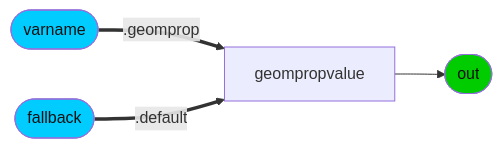
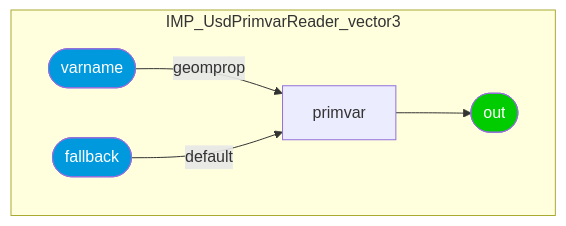
One commit to kwokcb/MaterialX_Learn changed diagram 20 of 36 in documents/definitions/bxdf_doc.md. Above: the diagram before and after it, drawn with Mermaid. The commit also changed other lines of this file and 1015 other files, not shown here.

````diff
--- a/documents/definitions/bxdf_doc.md
+++ b/documents/definitions/bxdf_doc.md
@@ -1951,10 +2467,15 @@
 ```mermaid
-graph LR; 
-    IMP_UsdPrimvarReader_vector3_primvar[geompropvalue] --> IMP_UsdPrimvarReader_vector3_out([out])
-    style IMP_UsdPrimvarReader_vector3_out fill:#0C0, color:#111
-    IMP_UsdPrimvarReader_vector3_varnameINT([varname]) ==.geomprop==> IMP_UsdPrimvarReader_vector3_primvar[geompropvalue]
-    style IMP_UsdPrimvarReader_vector3_varnameINT fill:#0CF, color:#111
-    IMP_UsdPrimvarReader_vector3_fallbackINT([fallback]) ==.default==> IMP_UsdPrimvarReader_vector3_primvar[geompropvalue]
-    style IMP_UsdPrimvarReader_vector3_fallbackINT fill:#0CF, color:#111
-
+graph TB
+    subgraph IMP_UsdPrimvarReader_vector3
+    IMP_UsdPrimvarReader_vector3_primvar[primvar]
+    style IMP_UsdPrimvarReader_vector3_out  fill:#0C0, color:#FFF
+    IMP_UsdPrimvarReader_vector3_out([out])
+    style IMP_UsdPrimvarReader_vector3_varname  fill:#09D, color:#FFF
+    IMP_UsdPrimvarReader_vector3_varname([varname])
+    style IMP_UsdPrimvarReader_vector3_fallback  fill:#09D, color:#FFF
+    IMP_UsdPrimvarReader_vector3_fallback([fallback])
+    end
+    IMP_UsdPrimvarReader_vector3_varname --"geomprop"--> IMP_UsdPrimvarReader_vector3_primvar
+    IMP_UsdPrimvarReader_vector3_fallback --"default"--> IMP_UsdPrimvarReader_vector3_primvar
+    IMP_UsdPrimvarReader_vector3_primvar --> IMP_UsdPrimvarReader_vector3_out
 ```
````
